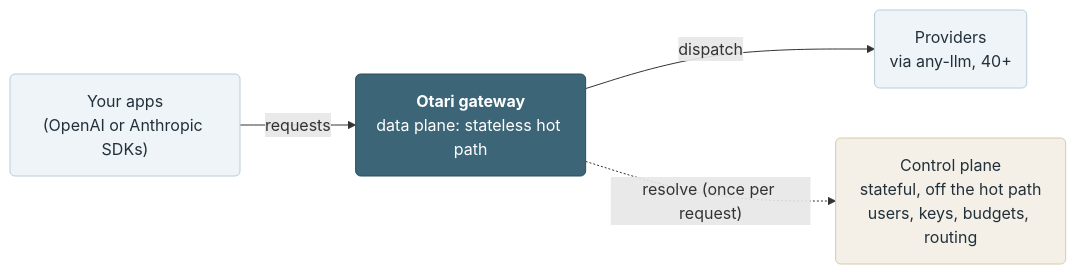
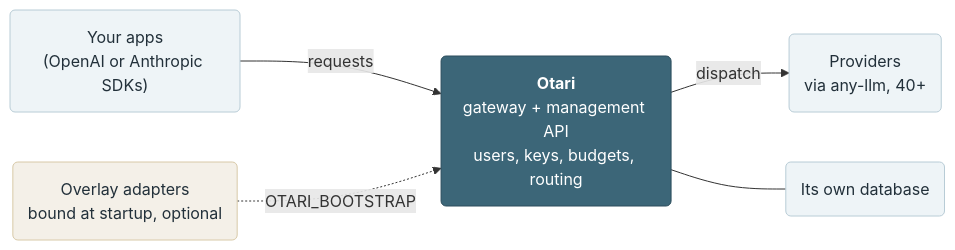
One commit to mozilla-ai/otari changed the first of 2 diagrams in ARCHITECTURE.md. Above: the diagram before and after it, drawn with Mermaid. The commit also changed other lines of this file and 395 other files, not shown here.

````diff
--- a/ARCHITECTURE.md
+++ b/ARCHITECTURE.md
@@ -47,17 +31,19 @@
 ```mermaid
 %%{init: {'theme':'base','themeVariables':{'fontFamily':'-apple-system, "Segoe UI", Roboto, Helvetica, Arial, sans-serif','fontSize':'14px','lineColor':'#5e8496'}}}%%
 flowchart LR
     clients("Your apps<br/>(OpenAI or Anthropic SDKs)")
-    otari("<b>Otari gateway</b><br/>data plane: stateless hot path")
+    otari("<b>Otari</b><br/>gateway + management API<br/>users, keys, budgets, routing")
+    db("Its own database")
     providers("Providers<br/>via any-llm, 40+")
-    control("Control plane<br/>stateful, off the hot path<br/>users, keys, budgets, routing")
+    overlay("Overlay adapters<br/>bound at startup, optional")
     clients -->|requests| otari
     otari -->|dispatch| providers
-    otari -. "resolve (once per request)" .-> control
+    otari --- db
+    overlay -. "OTARI_BOOTSTRAP" .-> otari
     classDef hero fill:#3c6678,stroke:#2c4d5c,color:#ffffff;
     classDef cp fill:#f4f0e8,stroke:#d8c9a8,color:#22303a;
     classDef plain fill:#eef4f7,stroke:#b8ccd6,color:#22303a;
     class otari hero;
-    class control cp;
-    class clients,providers plain;
+    class overlay cp;
+    class clients,providers,db plain;
 ```
````
